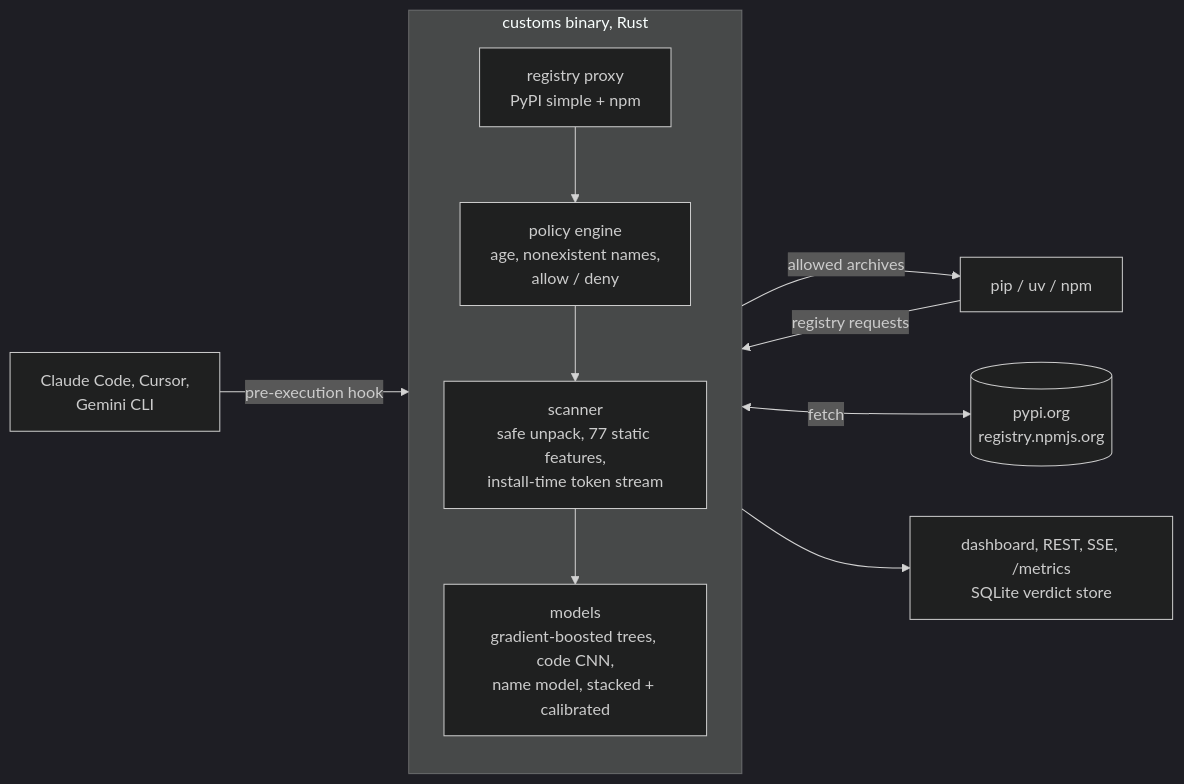
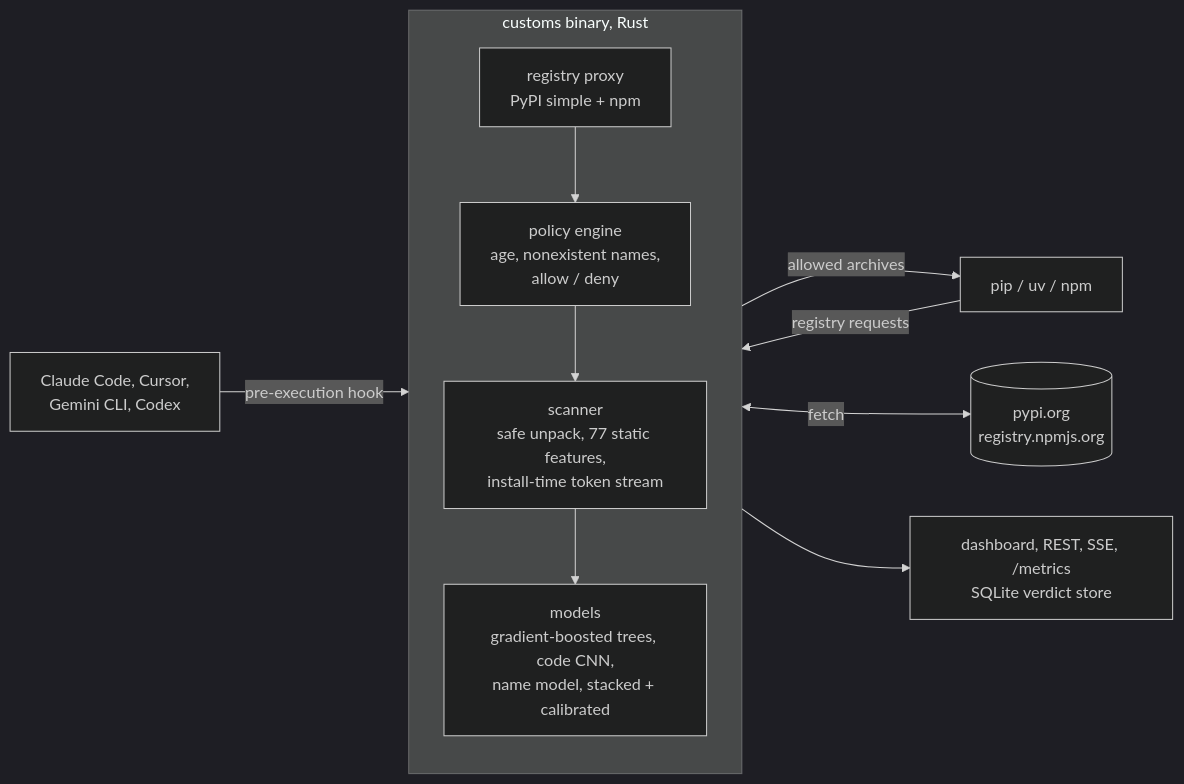
One commit to yib7/customs changed the diagram in README.md. Above: the diagram before and after it, drawn with Mermaid (dark theme). The commit also changed other lines of this file and 7 other files, not shown here.

First line of the commit message:
Hook for Codex CLI

````diff
--- a/README.md
+++ b/README.md
@@ -47,14 +47,14 @@
 ```mermaid
 flowchart LR
     A[pip / uv / npm] -->|registry requests| P
-    C[Claude Code, Cursor,<br/>Gemini CLI] -->|pre-execution hook| P
+    C[Claude Code, Cursor,<br/>Gemini CLI, Codex] -->|pre-execution hook| P
     subgraph P[customs binary, Rust]
       direction TB
       R[registry proxy<br/>PyPI simple + npm] --> POL[policy engine<br/>age, nonexistent names,<br/>allow / deny]
       POL --> S[scanner<br/>safe unpack, 77 static features,<br/>install-time token stream]
       S --> M[models<br/>gradient-boosted trees, code CNN,<br/>name model, stacked + calibrated]
     end
     P -->|allowed archives| A
     P <-->|fetch| U[(pypi.org<br/>registry.npmjs.org)]
     P --> D[dashboard, REST, SSE, /metrics<br/>SQLite verdict store]
 ```
````
